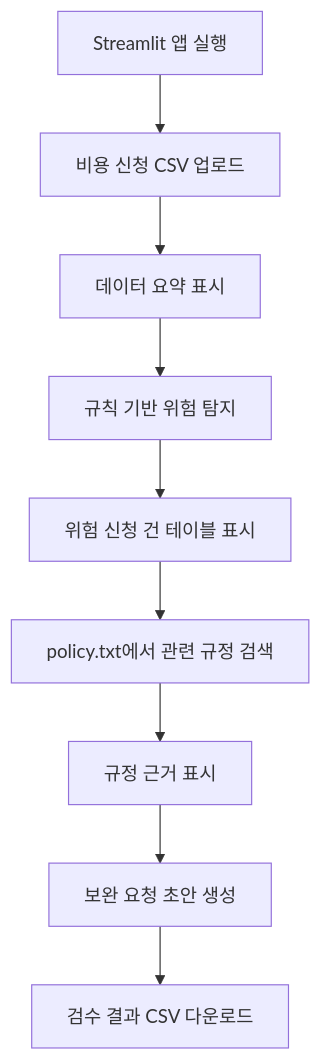
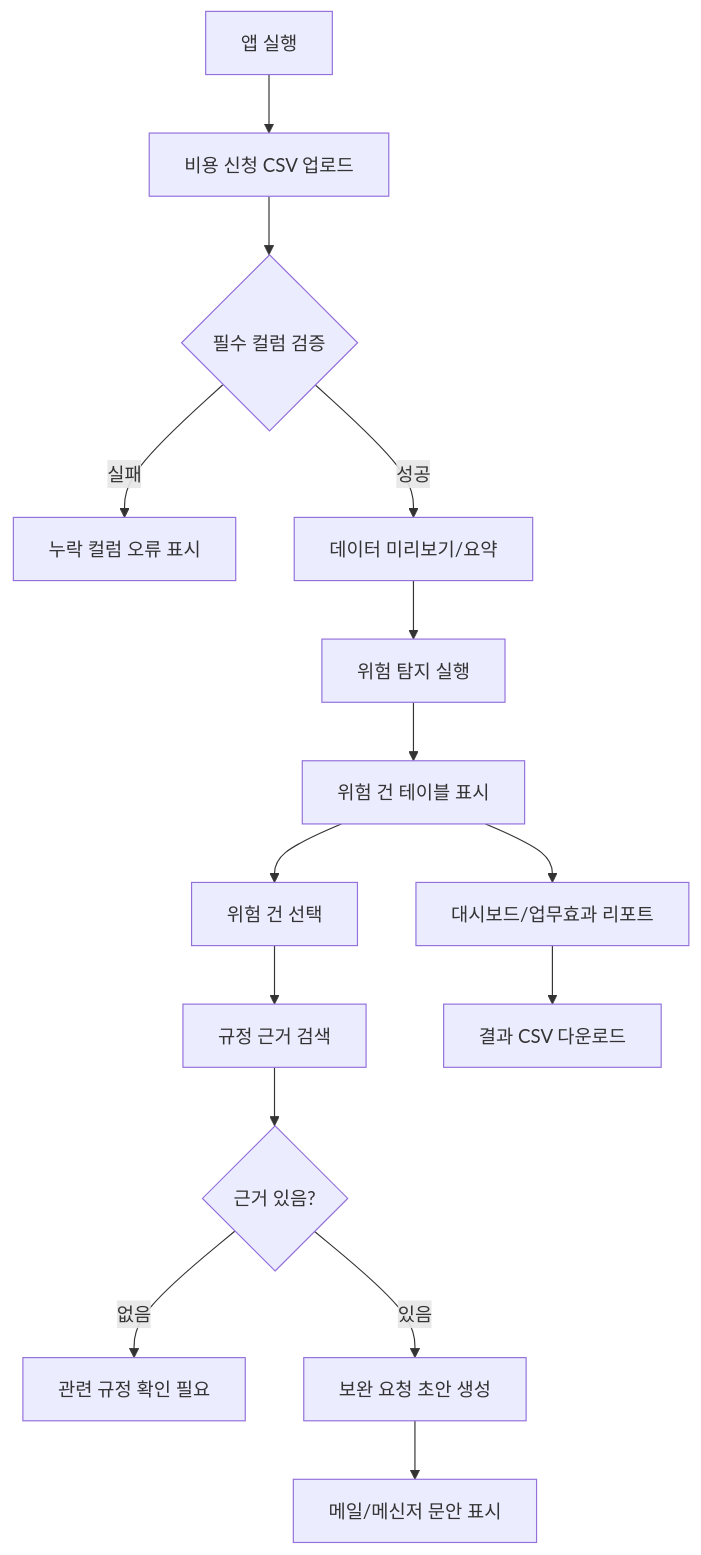
Before and after one commit to wooya27/Cost_Manager: the first of 3 diagrams in .claude/plans/05-유저플로우-워크플로우.md, drawn with Mermaid. The commit also changed other lines of this file and 9 other files, not shown here.

````diff
--- a/.claude/plans/05-유저플로우-워크플로우.md
+++ b/.claude/plans/05-유저플로우-워크플로우.md
@@ -94,11 +134,17 @@
 ```mermaid
 flowchart TD
-    A[Streamlit 앱 실행] --> B[비용 신청 CSV 업로드]
-    B --> C[데이터 요약 표시]
-    C --> D[규칙 기반 위험 탐지]
-    D --> E[위험 신청 건 테이블 표시]
-    E --> F[policy.txt에서 관련 규정 검색]
-    F --> G[규정 근거 표시]
-    G --> H[보완 요청 초안 생성]
-    H --> I[검수 결과 CSV 다운로드]
+    A[앱 실행] --> B[비용 신청 CSV 업로드]
+    B --> C{필수 컬럼 검증}
+    C -- 실패 --> C1[누락 컬럼 오류 표시]
+    C -- 성공 --> D[데이터 미리보기/요약]
+    D --> E[위험 탐지 실행]
+    E --> F[위험 건 테이블 표시]
+    F --> G[위험 건 선택]
+    G --> H[규정 근거 검색]
+    H --> I{근거 있음?}
+    I -- 없음 --> I1[관련 규정 확인 필요]
+    I -- 있음 --> J[보완 요청 초안 생성]
+    J --> K[메일/메신저 문안 표시]
+    F --> L[대시보드/업무효과 리포트]
+    L --> M[결과 CSV 다운로드]
 ```
````
